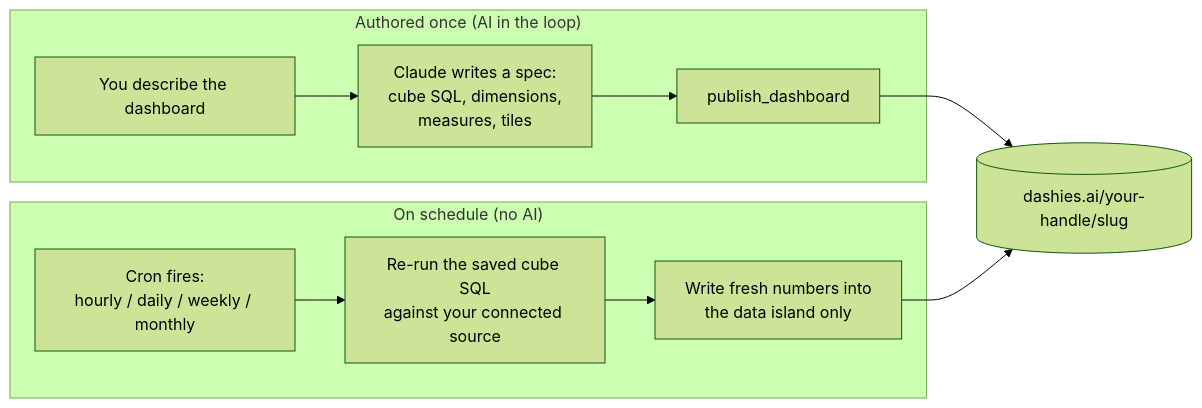
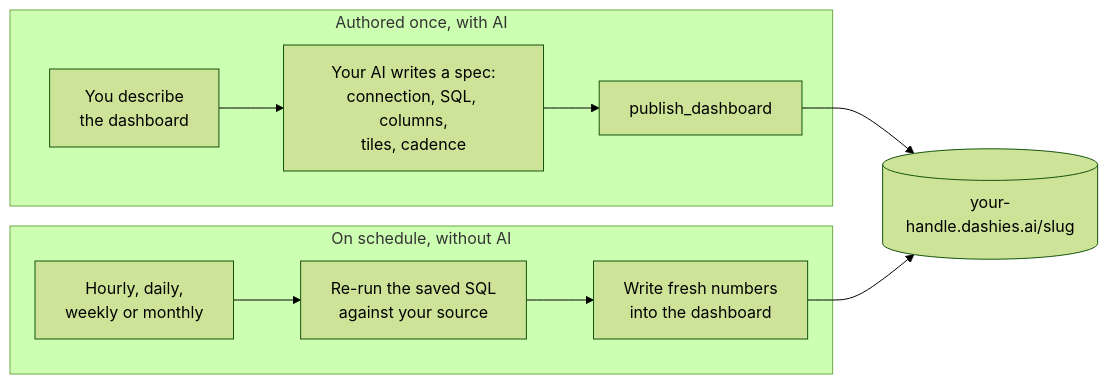
One commit to Dashies-ai/dashies-plugin changed the diagram in README.md. Above: the diagram before and after it, drawn with Mermaid (forest theme). The commit also changed other lines of this file and 9 other files, not shown here.

````diff
--- a/README.md
+++ b/README.md
@@ -124,13 +104,13 @@
 ```mermaid
 flowchart LR
-    subgraph once["Authored once (AI in the loop)"]
-      A["You describe the dashboard"] --> B["Claude writes a spec:<br/>cube SQL, dimensions,<br/>measures, tiles"]
-      B --> C["publish_dashboard"]
-    end
-    C --> D[("dashies.ai/your-handle/slug")]
-    subgraph loop["On schedule (no AI)"]
-      E["Cron fires:<br/>hourly / daily / weekly / monthly"] --> F["Re-run the saved cube SQL<br/>against your connected source"]
-      F --> G["Write fresh numbers into<br/>the data island only"]
-    end
-    G --> D
+  subgraph once["Authored once, with AI"]
+    A["You describe<br/>the dashboard"] --> B["Your AI writes a spec:<br/>connection, SQL, columns,<br/>tiles, cadence"]
+    B --> C["publish_dashboard"]
+  end
+  C --> D[("your-handle.dashies.ai/slug")]
+  subgraph loop["On schedule, without AI"]
+    E["Hourly, daily,<br/>weekly or monthly"] --> F["Re-run the saved SQL<br/>against your source"]
+    F --> G["Write fresh numbers<br/>into the dashboard"]
+  end
+  G --> D
 ```
````
